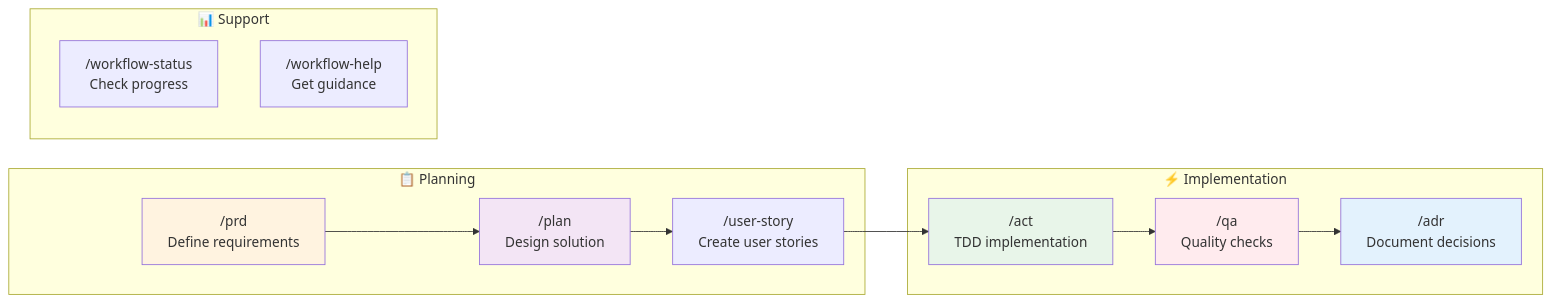
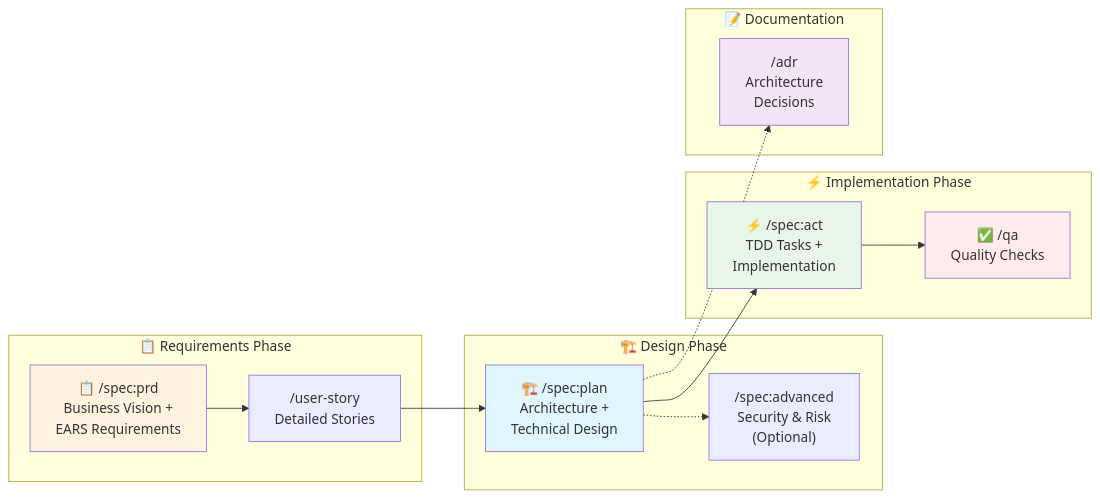
One commit to pocky/vibe-php changed the first of 9 diagrams in docs/AGENT_INDEX.md. Above: the diagram before and after it, drawn with Mermaid. The commit also changed other lines of this file and 181 other files, not shown here.

````diff
--- a/docs/AGENT_INDEX.md
+++ b/docs/AGENT_INDEX.md
@@ -7,31 +9,33 @@
 ```mermaid
 graph LR
-    subgraph "📋 Planning"
-        CMD1["/prd<br/>Define requirements"]
-        CMD2["/plan<br/>Design solution"]
-        CMD3["/user-story<br/>Create user stories"]
+    subgraph "📋 Requirements Phase"
+        PRD["📋 /spec:prd<br/>Business Vision +<br/>EARS Requirements"]
+        US["/user-story<br/>Detailed Stories"]
+        PRD --> US
     end
     
-    subgraph "⚡ Implementation"
-        CMD4["/act<br/>TDD implementation"]
-        CMD5["/qa<br/>Quality checks"]
-        CMD6["/adr<br/>Document decisions"]
+    subgraph "🏗️ Design Phase"
+        PLAN["🏗️ /spec:plan<br/>Architecture +<br/>Technical Design"]
+        ADV["/spec:advanced<br/>Security & Risk<br/>(Optional)"]
+        US --> PLAN
+        PLAN -.-> ADV
     end
     
-    subgraph "📊 Support"
-        CMD7["/workflow-status<br/>Check progress"]
-        CMD8["/workflow-help<br/>Get guidance"]
+    subgraph "⚡ Implementation Phase"
+        ACT["⚡ /spec:act<br/>TDD Tasks +<br/>Implementation"]
+        QA["✅ /qa<br/>Quality Checks"]
+        PLAN --> ACT
+        ACT --> QA
     end
     
-    CMD1 --> CMD2
-    CMD2 --> CMD3
-    CMD3 --> CMD4
-    CMD4 --> CMD5
-    CMD5 --> CMD6
+    subgraph "📝 Documentation"
+        ADR["/adr<br/>Architecture<br/>Decisions"]
+        PLAN -.-> ADR
+    end
     
-    style CMD1 fill:#fff3e0
-    style CMD2 fill:#f3e5f5
-    style CMD4 fill:#e8f5e9
-    style CMD5 fill:#ffebee
-    style CMD6 fill:#e3f2fd
+    style PRD fill:#fff3e0
+    style PLAN fill:#e1f5fe
+    style ACT fill:#e8f5e9
+    style QA fill:#ffebee
+    style ADR fill:#f3e5f5
 ```
````
